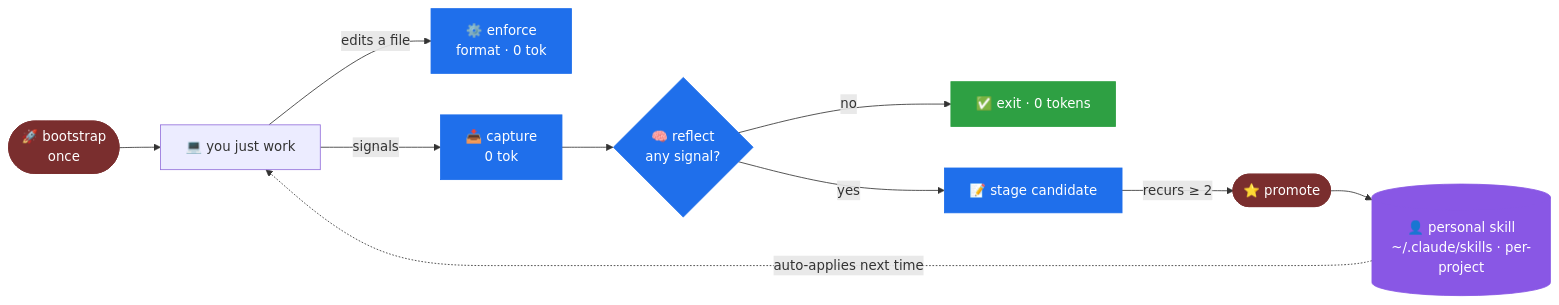
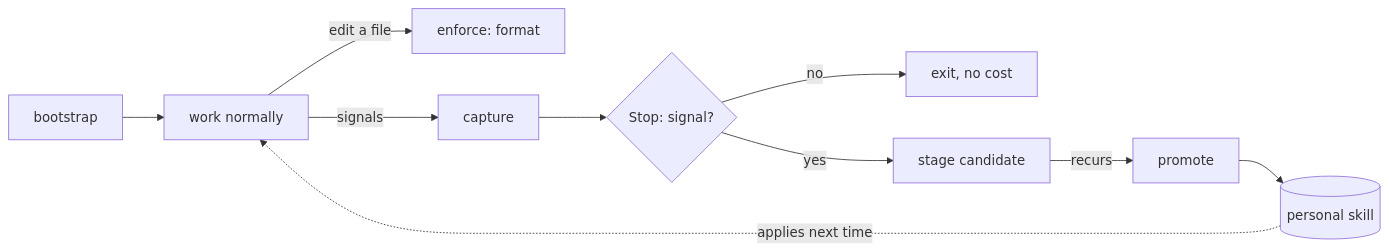
One commit to joeljohn159/skill-loop changed the diagram in README.md. Above: the diagram before and after it, drawn with Mermaid. The commit also changed other lines of this file, not shown here.

````diff
--- a/README.md
+++ b/README.md
@@ -50,17 +46,12 @@
 ```mermaid
 flowchart LR
-    B([🚀 bootstrap<br/>once]):::cmd --> W[💻 you just work]
-    W -->|edits a file| E[⚙️ enforce<br/>format · 0 tok]:::auto
-    W -->|signals| C[📥 capture<br/>0 tok]:::auto
-    C --> R{🧠 reflect<br/>any signal?}:::auto
-    R -->|no| Z[✅ exit · 0 tokens]:::free
-    R -->|yes| S[📝 stage candidate]:::auto
-    S -->|recurs ≥ 2| P([⭐ promote]):::cmd
-    P --> K[("👤 personal skill<br/>~/.claude/skills · per-project")]:::skill
-    K -.->|auto-applies next time| W
-
-    classDef cmd   fill:#7a2e2e,stroke:#7a2e2e,color:#fff
-    classDef auto  fill:#1f6feb,stroke:#1f6feb,color:#fff
-    classDef free  fill:#2ea043,stroke:#2ea043,color:#fff
-    classDef skill fill:#8957e5,stroke:#8957e5,color:#fff
+  bootstrap --> work[work normally]
+  work -->|edit a file| enforce[enforce: format]
+  work -->|signals| capture
+  capture --> reflect{Stop: signal?}
+  reflect -->|no| done[exit, no cost]
+  reflect -->|yes| stage[stage candidate]
+  stage -->|recurs| promote
+  promote --> skill[(personal skill)]
+  skill -.->|applies next time| work
 ```
````
